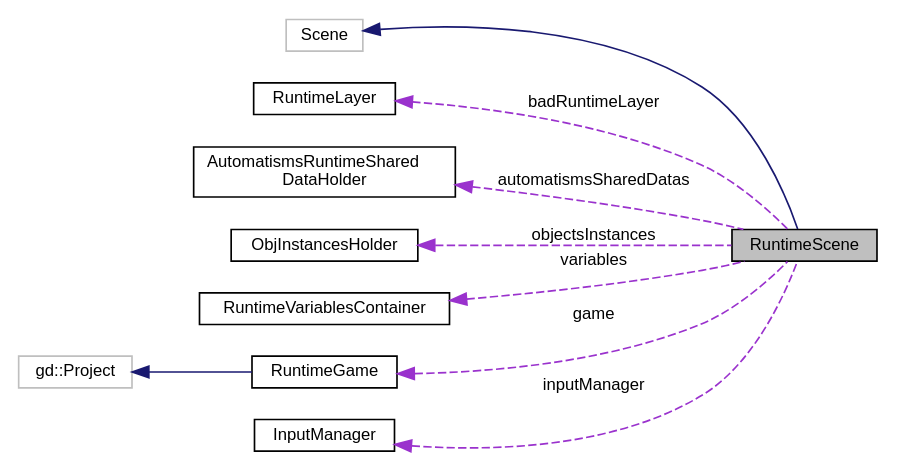
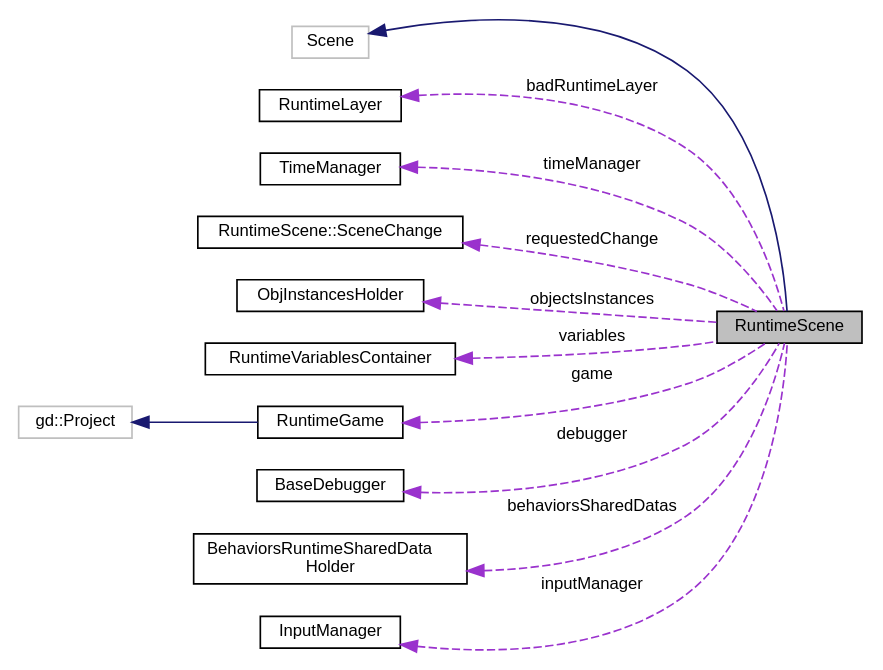
Before and after one commit to 4ian/GDevelop-documentation: the diagram in GDCpp Documentation/d5/deb/class_runtime_scene__coll__graph.dot, drawn with Graphviz. The commit also changed 2201 other files, not shown here.

```diff
--- a/GDCpp Documentation/d5/deb/class_runtime_scene__coll__graph.dot
+++ b/GDCpp Documentation/d5/deb/class_runtime_scene__coll__graph.dot
@@ -1,23 +1,29 @@
 digraph "RuntimeScene"
 {
   edge [fontname="Helvetica",fontsize="10",labelfontname="Helvetica",labelfontsize="10"];
   node [fontname="Helvetica",fontsize="10",shape=record];
   rankdir="LR";
   Node1 [label="RuntimeScene",height=0.2,width=0.4,color="black", fillcolor="grey75", style="filled", fontcolor="black"];
   Node2 -> Node1 [dir="back",color="midnightblue",fontsize="10",style="solid",fontname="Helvetica"];
   Node2 [label="Scene",height=0.2,width=0.4,color="grey75", fillcolor="white", style="filled"];
   Node3 -> Node1 [dir="back",color="darkorchid3",fontsize="10",style="dashed",label=" badRuntimeLayer" ,fontname="Helvetica"];
   Node3 [label="RuntimeLayer",height=0.2,width=0.4,color="black", fillcolor="white", style="filled",URL="$dd/daf/class_runtime_layer.html",tooltip="A layer of a layout, used to display objects using RuntimeCamera. "];
-  Node4 -> Node1 [dir="back",color="darkorchid3",fontsize="10",style="dashed",label=" automatismsSharedDatas" ,fontname="Helvetica"];
-  Node4 [label="AutomatismsRuntimeShared\lDataHolder",height=0.2,width=0.4,color="black", fillcolor="white", style="filled",URL="$d1/dca/class_automatisms_runtime_shared_data_holder.html",tooltip="Contains all the shared data of the automatisms of a RuntimeScene. "];
-  Node5 -> Node1 [dir="back",color="darkorchid3",fontsize="10",style="dashed",label=" objectsInstances" ,fontname="Helvetica"];
-  Node5 [label="ObjInstancesHolder",height=0.2,width=0.4,color="black", fillcolor="white", style="filled",URL="$d3/de4/class_obj_instances_holder.html",tooltip="Contains lists of objects classified by the name of the objects. "];
-  Node6 -> Node1 [dir="back",color="darkorchid3",fontsize="10",style="dashed",label=" variables" ,fontname="Helvetica"];
-  Node6 [label="RuntimeVariablesContainer",height=0.2,width=0.4,color="black", fillcolor="white", style="filled",URL="$d3/de0/class_runtime_variables_container.html",tooltip="Container for gd::Variable used at by games at runtime. "];
-  Node7 -> Node1 [dir="back",color="darkorchid3",fontsize="10",style="dashed",label=" game" ,fontname="Helvetica"];
-  Node7 [label="RuntimeGame",height=0.2,width=0.4,color="black", fillcolor="white", style="filled",URL="$d8/ddb/class_runtime_game.html",tooltip="Represents a game being played. "];
-  Node8 -> Node7 [dir="back",color="midnightblue",fontsize="10",style="solid",fontname="Helvetica"];
-  Node8 [label="gd::Project",height=0.2,width=0.4,color="grey75", fillcolor="white", style="filled"];
-  Node9 -> Node1 [dir="back",color="darkorchid3",fontsize="10",style="dashed",label=" inputManager" ,fontname="Helvetica"];
-  Node9 [label="InputManager",height=0.2,width=0.4,color="black", fillcolor="white", style="filled",URL="$df/dd1/class_input_manager.html",tooltip="Manage the events and mouse, keyboard and touches inputs of a sf::Window. "];
+  Node4 -> Node1 [dir="back",color="darkorchid3",fontsize="10",style="dashed",label=" timeManager" ,fontname="Helvetica"];
+  Node4 [label="TimeManager",height=0.2,width=0.4,color="black", fillcolor="white", style="filled",URL="$d9/d7f/class_time_manager.html",tooltip="Manage the timers and times elapsed during last frame, since the beginning of the scene and other tim..."];
+  Node5 -> Node1 [dir="back",color="darkorchid3",fontsize="10",style="dashed",label=" requestedChange" ,fontname="Helvetica"];
+  Node5 [label="RuntimeScene::SceneChange",height=0.2,width=0.4,color="black", fillcolor="white", style="filled",URL="$d9/d18/struct_runtime_scene_1_1_scene_change.html"];
+  Node6 -> Node1 [dir="back",color="darkorchid3",fontsize="10",style="dashed",label=" objectsInstances" ,fontname="Helvetica"];
+  Node6 [label="ObjInstancesHolder",height=0.2,width=0.4,color="black", fillcolor="white", style="filled",URL="$d3/de4/class_obj_instances_holder.html",tooltip="Contains lists of objects classified by the name of the objects. "];
+  Node7 -> Node1 [dir="back",color="darkorchid3",fontsize="10",style="dashed",label=" variables" ,fontname="Helvetica"];
+  Node7 [label="RuntimeVariablesContainer",height=0.2,width=0.4,color="black", fillcolor="white", style="filled",URL="$d3/de0/class_runtime_variables_container.html",tooltip="Container for gd::Variable used at by games at runtime. "];
+  Node8 -> Node1 [dir="back",color="darkorchid3",fontsize="10",style="dashed",label=" game" ,fontname="Helvetica"];
+  Node8 [label="RuntimeGame",height=0.2,width=0.4,color="black", fillcolor="white", style="filled",URL="$d8/ddb/class_runtime_game.html",tooltip="Represents a game being played. "];
+  Node9 -> Node8 [dir="back",color="midnightblue",fontsize="10",style="solid",fontname="Helvetica"];
+  Node9 [label="gd::Project",height=0.2,width=0.4,color="grey75", fillcolor="white", style="filled"];
+  Node10 -> Node1 [dir="back",color="darkorchid3",fontsize="10",style="dashed",label=" debugger" ,fontname="Helvetica"];
+  Node10 [label="BaseDebugger",height=0.2,width=0.4,color="black", fillcolor="white", style="filled",URL="$d2/dce/class_base_debugger.html",tooltip="Internal base class to implement a debugger. Derive from this class and implement UpdateGUI function ..."];
+  Node11 -> Node1 [dir="back",color="darkorchid3",fontsize="10",style="dashed",label=" behaviorsSharedDatas" ,fontname="Helvetica"];
+  Node11 [label="BehaviorsRuntimeSharedData\lHolder",height=0.2,width=0.4,color="black", fillcolor="white", style="filled",URL="$d4/d30/class_behaviors_runtime_shared_data_holder.html",tooltip="Contains all the shared data of the behaviors of a RuntimeScene. "];
+  Node12 -> Node1 [dir="back",color="darkorchid3",fontsize="10",style="dashed",label=" inputManager" ,fontname="Helvetica"];
+  Node12 [label="InputManager",height=0.2,width=0.4,color="black", fillcolor="white", style="filled",URL="$df/dd1/class_input_manager.html",tooltip="Manage the events and mouse, keyboard and touches inputs of a sf::Window. "];
 }
```
